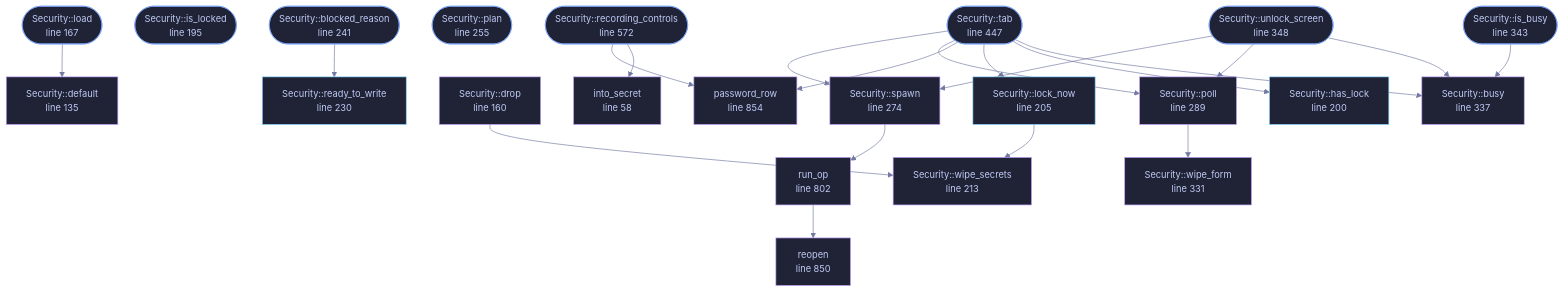
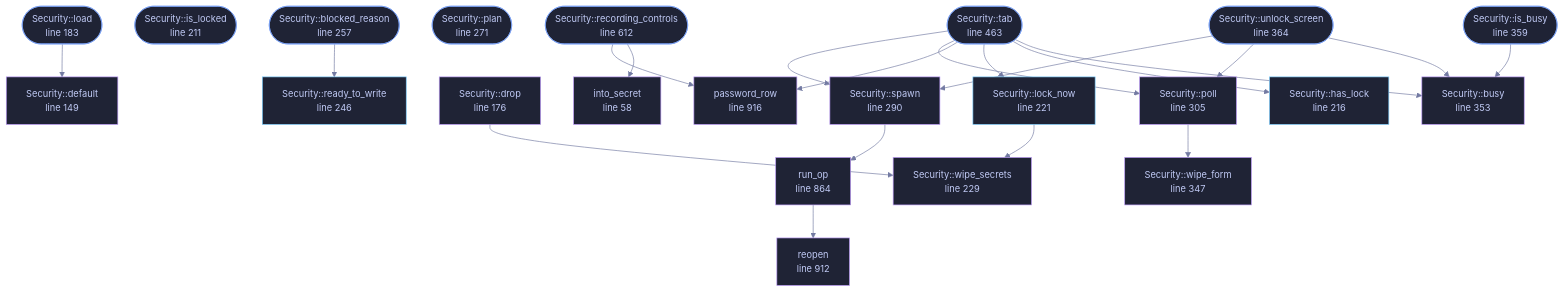
Before and after one commit to tilas01/veilvoice: the diagram in docs/files/veilvoice-gui/security.md, drawn with Mermaid. The commit also changed other lines of this file and 68 other files, not shown here.

````diff
--- a/docs/files/veilvoice-gui/security.md
+++ b/docs/files/veilvoice-gui/security.md
@@ -110,73 +110,73 @@
 ```mermaid
 %%{init: {"theme":"base","themeVariables":{"background":"#1a1b26","primaryColor":"#1f2335","primaryTextColor":"#c0caf5","primaryBorderColor":"#7aa2f7","secondaryColor":"#16161e","tertiaryColor":"#16161e","lineColor":"#737aa2","textColor":"#c0caf5","mainBkg":"#1f2335","nodeBorder":"#7aa2f7","clusterBkg":"#16161e","clusterBorder":"#2f3549","fontFamily":"ui-monospace, SFMono-Regular, Consolas, monospace","fontSize":"14px"}}}%%
 flowchart TD
     n_into_secret["into_secret<br/>line 58"]
-    n_default["Security::default<br/>line 135"]
-    n_drop["Security::drop<br/>line 160"]
-    n_load(["Security::load<br/>line 167"])
-    n_is_locked(["Security::is_locked<br/>line 195"])
-    n_has_lock["Security::has_lock<br/>line 200"]
-    n_lock_now["Security::lock_now<br/>line 205"]
-    n_wipe_secrets["Security::wipe_secrets<br/>line 213"]
-    n_ready_to_write["Security::ready_to_write<br/>line 230"]
-    n_blocked_reason(["Security::blocked_reason<br/>line 241"])
-    n_plan(["Security::plan<br/>line 255"])
-    n_spawn["Security::spawn<br/>line 274"]
-    n_poll["Security::poll<br/>line 289"]
-    n_wipe_form["Security::wipe_form<br/>line 331"]
-    n_busy["Security::busy<br/>line 337"]
-    n_is_busy(["Security::is_busy<br/>line 343"])
-    n_unlock_screen(["Security::unlock_screen<br/>line 348"])
-    n_tab(["Security::tab<br/>line 447"])
-    n_recording_controls(["Security::recording_controls<br/>line 572"])
-    n_run_op["run_op<br/>line 802"]
-    n_reopen["reopen<br/>line 850"]
-    n_password_row["password_row<br/>line 854"]
+    n_default["Security::default<br/>line 149"]
+    n_drop["Security::drop<br/>line 176"]
+    n_load(["Security::load<br/>line 183"])
+    n_is_locked(["Security::is_locked<br/>line 211"])
+    n_has_lock["Security::has_lock<br/>line 216"]
+    n_lock_now["Security::lock_now<br/>line 221"]
+    n_wipe_secrets["Security::wipe_secrets<br/>line 229"]
+    n_ready_to_write["Security::ready_to_write<br/>line 246"]
+    n_blocked_reason(["Security::blocked_reason<br/>line 257"])
+    n_plan(["Security::plan<br/>line 271"])
+    n_spawn["Security::spawn<br/>line 290"]
+    n_poll["Security::poll<br/>line 305"]
+    n_wipe_form["Security::wipe_form<br/>line 347"]
+    n_busy["Security::busy<br/>line 353"]
+    n_is_busy(["Security::is_busy<br/>line 359"])
+    n_unlock_screen(["Security::unlock_screen<br/>line 364"])
+    n_tab(["Security::tab<br/>line 463"])
+    n_recording_controls(["Security::recording_controls<br/>line 612"])
+    n_run_op["run_op<br/>line 864"]
+    n_reopen["reopen<br/>line 912"]
+    n_password_row["password_row<br/>line 916"]
     n_blocked_reason --> n_ready_to_write
     n_drop --> n_wipe_secrets
     n_is_busy --> n_busy
     n_load --> n_default
     n_lock_now --> n_wipe_secrets
     n_poll --> n_wipe_form
     n_recording_controls --> n_into_secret
     n_recording_controls --> n_password_row
     n_run_op --> n_reopen
     n_spawn --> n_run_op
     n_tab --> n_busy
     n_tab --> n_has_lock
     n_tab --> n_lock_now
     n_tab --> n_password_row
     n_tab --> n_poll
     n_tab --> n_spawn
     n_unlock_screen --> n_busy
     n_unlock_screen --> n_poll
     n_unlock_screen --> n_spawn
     click n_into_secret href "https://github.com/tilas01/veilvoice/blob/main/crates/veilvoice-gui/src/security.rs#L58" "open the source"
-    click n_default href "https://github.com/tilas01/veilvoice/blob/main/crates/veilvoice-gui/src/security.rs#L135" "open the source"
-    click n_drop href "https://github.com/tilas01/veilvoice/blob/main/crates/veilvoice-gui/src/security.rs#L160" "open the source"
-    click n_load href "https://github.com/tilas01/veilvoice/blob/main/crates/veilvoice-gui/src/security.rs#L167" "open the source"
-    click n_is_locked href "https://github.com/tilas01/veilvoice/blob/main/crates/veilvoice-gui/src/security.rs#L195" "open the source"
-    click n_has_lock href "https://github.com/tilas01/veilvoice/blob/main/crates/veilvoice-gui/src/security.rs#L200" "open the source"
-    click n_lock_now href "https://github.com/tilas01/veilvoice/blob/main/crates/veilvoice-gui/src/security.rs#L205" "open the source"
-    click n_wipe_secrets href "https://github.com/tilas01/veilvoice/blob/main/crates/veilvoice-gui/src/security.rs#L213" "open the source"
-    click n_ready_to_write href "https://github.com/tilas01/veilvoice/blob/main/crates/veilvoice-gui/src/security.rs#L230" "open the source"
-    click n_blocked_reason href "https://github.com/tilas01/veilvoice/blob/main/crates/veilvoice-gui/src/security.rs#L241" "open the source"
-    click n_plan href "https://github.com/tilas01/veilvoice/blob/main/crates/veilvoice-gui/src/security.rs#L255" "open the source"
-    click n_spawn href "https://github.com/tilas01/veilvoice/blob/main/crates/veilvoice-gui/src/security.rs#L274" "open the source"
-    click n_poll href "https://github.com/tilas01/veilvoice/blob/main/crates/veilvoice-gui/src/security.rs#L289" "open the source"
-    click n_wipe_form href "https://github.com/tilas01/veilvoice/blob/main/crates/veilvoice-gui/src/security.rs#L331" "open the source"
-    click n_busy href "https://github.com/tilas01/veilvoice/blob/main/crates/veilvoice-gui/src/security.rs#L337" "open the source"
-    click n_is_busy href "https://github.com/tilas01/veilvoice/blob/main/crates/veilvoice-gui/src/security.rs#L343" "open the source"
-    click n_unlock_screen href "https://github.com/tilas01/veilvoice/blob/main/crates/veilvoice-gui/src/security.rs#L348" "open the source"
-    click n_tab href "https://github.com/tilas01/veilvoice/blob/main/crates/veilvoice-gui/src/security.rs#L447" "open the source"
-    click n_recording_controls href "https://github.com/tilas01/veilvoice/blob/main/crates/veilvoice-gui/src/security.rs#L572" "open the source"
-    click n_run_op href "https://github.com/tilas01/veilvoice/blob/main/crates/veilvoice-gui/src/security.rs#L802" "open the source"
-    click n_reopen href "https://github.com/tilas01/veilvoice/blob/main/crates/veilvoice-gui/src/security.rs#L850" "open the source"
-    click n_password_row href "https://github.com/tilas01/veilvoice/blob/main/crates/veilvoice-gui/src/security.rs#L854" "open the source"
+    click n_default href "https://github.com/tilas01/veilvoice/blob/main/crates/veilvoice-gui/src/security.rs#L149" "open the source"
+    click n_drop href "https://github.com/tilas01/veilvoice/blob/main/crates/veilvoice-gui/src/security.rs#L176" "open the source"
+    click n_load href "https://github.com/tilas01/veilvoice/blob/main/crates/veilvoice-gui/src/security.rs#L183" "open the source"
+    click n_is_locked href "https://github.com/tilas01/veilvoice/blob/main/crates/veilvoice-gui/src/security.rs#L211" "open the source"
+    click n_has_lock href "https://github.com/tilas01/veilvoice/blob/main/crates/veilvoice-gui/src/security.rs#L216" "open the source"
+    click n_lock_now href "https://github.com/tilas01/veilvoice/blob/main/crates/veilvoice-gui/src/security.rs#L221" "open the source"
+    click n_wipe_secrets href "https://github.com/tilas01/veilvoice/blob/main/crates/veilvoice-gui/src/security.rs#L229" "open the source"
+    click n_ready_to_write href "https://github.com/tilas01/veilvoice/blob/main/crates/veilvoice-gui/src/security.rs#L246" "open the source"
+    click n_blocked_reason href "https://github.com/tilas01/veilvoice/blob/main/crates/veilvoice-gui/src/security.rs#L257" "open the source"
+    click n_plan href "https://github.com/tilas01/veilvoice/blob/main/crates/veilvoice-gui/src/security.rs#L271" "open the source"
+    click n_spawn href "https://github.com/tilas01/veilvoice/blob/main/crates/veilvoice-gui/src/security.rs#L290" "open the source"
+    click n_poll href "https://github.com/tilas01/veilvoice/blob/main/crates/veilvoice-gui/src/security.rs#L305" "open the source"
+    click n_wipe_form href "https://github.com/tilas01/veilvoice/blob/main/crates/veilvoice-gui/src/security.rs#L347" "open the source"
+    click n_busy href "https://github.com/tilas01/veilvoice/blob/main/crates/veilvoice-gui/src/security.rs#L353" "open the source"
+    click n_is_busy href "https://github.com/tilas01/veilvoice/blob/main/crates/veilvoice-gui/src/security.rs#L359" "open the source"
+    click n_unlock_screen href "https://github.com/tilas01/veilvoice/blob/main/crates/veilvoice-gui/src/security.rs#L364" "open the source"
+    click n_tab href "https://github.com/tilas01/veilvoice/blob/main/crates/veilvoice-gui/src/security.rs#L463" "open the source"
+    click n_recording_controls href "https://github.com/tilas01/veilvoice/blob/main/crates/veilvoice-gui/src/security.rs#L612" "open the source"
+    click n_run_op href "https://github.com/tilas01/veilvoice/blob/main/crates/veilvoice-gui/src/security.rs#L864" "open the source"
+    click n_reopen href "https://github.com/tilas01/veilvoice/blob/main/crates/veilvoice-gui/src/security.rs#L912" "open the source"
+    click n_password_row href "https://github.com/tilas01/veilvoice/blob/main/crates/veilvoice-gui/src/security.rs#L916" "open the source"
     classDef entry fill:#1f2335,stroke:#7aa2f7,color:#c0caf5
     class n_load,n_is_locked,n_blocked_reason,n_plan,n_is_busy,n_unlock_screen,n_tab,n_recording_controls entry
     classDef api fill:#1f2335,stroke:#7dcfff,color:#c0caf5
     class n_has_lock,n_lock_now,n_ready_to_write api
     classDef helper fill:#1f2335,stroke:#bb9af7,color:#c0caf5
     class n_into_secret,n_default,n_drop,n_wipe_secrets,n_spawn,n_poll,n_wipe_form,n_busy,n_run_op,n_reopen,n_password_row helper
 ```
````
